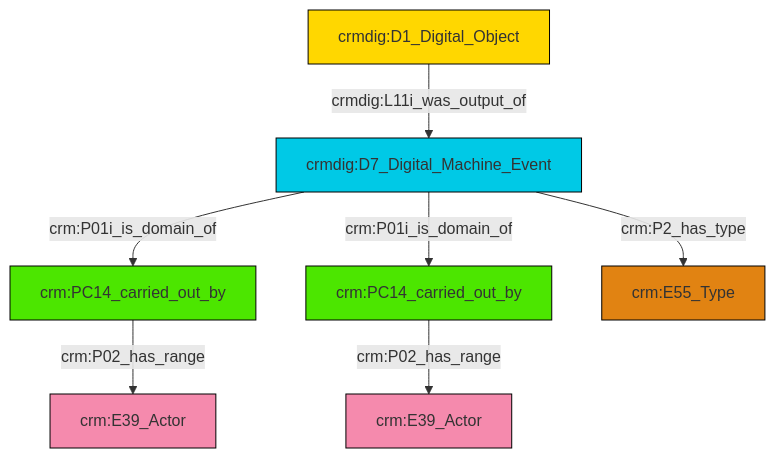
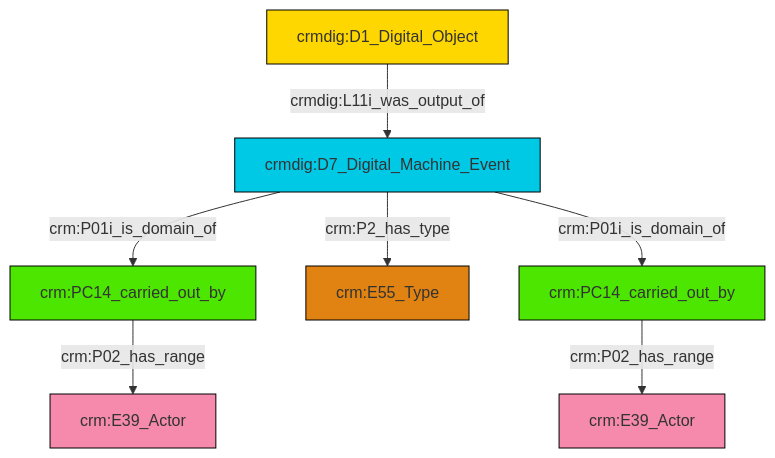
Before and after one commit to swiss-art-research-net/docs.swissartresearch: the diagram in et/doCSV/ttl/mmd/do_actor_relations.ttl.mmd, drawn with Mermaid. The commit also changed 195 other files, not shown here.

```diff
--- a/et/doCSV/ttl/mmd/do_actor_relations.ttl.mmd
+++ b/et/doCSV/ttl/mmd/do_actor_relations.ttl.mmd
@@ -1,21 +1,21 @@
 graph TD
 classDef Literal fill:#f2f2f2,stroke:#000000;
 classDef CRM_Entity fill:#FFFFFF,stroke:#000000;
 classDef Temporal_Entity fill:#00C9E6, stroke:#000000;
 classDef Type fill:#E18312, stroke:#000000;
 classDef Time-Span fill:#2C9C91, stroke:#000000;
 classDef Appellation fill:#FFEB7F, stroke:#000000;
 classDef Place fill:#008836, stroke:#000000;
 classDef Persistent_Item fill:#B266B2, stroke:#000000;
 classDef Conceptual_Object fill:#FFD700, stroke:#000000;
 classDef Physical_Thing fill:#D2B48C, stroke:#000000;
 classDef Actor fill:#f58aad, stroke:#000000;
 classDef PC_Classes fill:#4ce600, stroke:#000000;
 classDef Multi fill:#cccccc,stroke:#000000;
 
-0["crmdig:D7_Digital_Machine_Event"]:::Temporal_Entity -->|crm:P01i_is_domain_of| 1["crm:PC14_carried_out_by"]:::PC_Classes
-1["crm:PC14_carried_out_by"]:::PC_Classes -->|crm:P02_has_range| 3["crm:E39_Actor"]:::Actor
-0["crmdig:D7_Digital_Machine_Event"]:::Temporal_Entity -->|crm:P01i_is_domain_of| 7["crm:PC14_carried_out_by"]:::PC_Classes
-0["crmdig:D7_Digital_Machine_Event"]:::Temporal_Entity -->|crm:P2_has_type| 9["crm:E55_Type"]:::Type
-11["crmdig:D1_Digital_Object"]:::Conceptual_Object -->|crmdig:L11i_was_output_of| 0["crmdig:D7_Digital_Machine_Event"]:::Temporal_Entity
-7["crm:PC14_carried_out_by"]:::PC_Classes -->|crm:P02_has_range| 5["crm:E39_Actor"]:::Actor
+2["crmdig:D1_Digital_Object"]:::Conceptual_Object -->|crmdig:L11i_was_output_of| 3["crmdig:D7_Digital_Machine_Event"]:::Temporal_Entity
+4["crm:PC14_carried_out_by"]:::PC_Classes -->|crm:P02_has_range| 5["crm:E39_Actor"]:::Actor
+8["crm:PC14_carried_out_by"]:::PC_Classes -->|crm:P02_has_range| 0["crm:E39_Actor"]:::Actor
+3["crmdig:D7_Digital_Machine_Event"]:::Temporal_Entity -->|crm:P01i_is_domain_of| 8["crm:PC14_carried_out_by"]:::PC_Classes
+3["crmdig:D7_Digital_Machine_Event"]:::Temporal_Entity -->|crm:P2_has_type| 6["crm:E55_Type"]:::Type
+3["crmdig:D7_Digital_Machine_Event"]:::Temporal_Entity -->|crm:P01i_is_domain_of| 4["crm:PC14_carried_out_by"]:::PC_Classes
```
